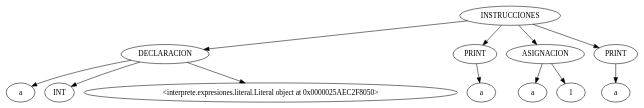
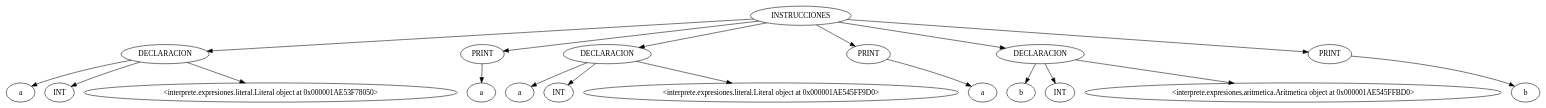
The diagram in backend/AST.dot (AlvaroCeballos/OLC1_VJ2025_G5), drawn with Graphviz before and after one commit. The commit also changed 4 other files, not shown here.

```diff
--- a/backend/AST.dot
+++ b/backend/AST.dot
@@ -1,25 +1,39 @@
 digraph {
 	0 [label = "INSTRUCCIONES"];
 	1 [label = "DECLARACION"];
 	2 [label = "a"];
 	3 [label = "INT"];
-	4 [label = "<interprete.expresiones.literal.Literal object at 0x0000025AEC2F8050>"];
+	4 [label = "<interprete.expresiones.literal.Literal object at 0x000001AE53F78050>"];
 	5 [label = "PRINT"];
 	6 [label = "a"];
-	7 [label = "ASIGNACION"];
+	7 [label = "DECLARACION"];
 	8 [label = "a"];
-	9 [label = "1"];
-	10 [label = "PRINT"];
-	11 [label = "a"];
+	9 [label = "INT"];
+	10 [label = "<interprete.expresiones.literal.Literal object at 0x000001AE545FF9D0>"];
+	11 [label = "PRINT"];
+	12 [label = "a"];
+	13 [label = "DECLARACION"];
+	14 [label = "b"];
+	15 [label = "INT"];
+	16 [label = "<interprete.expresiones.aritmetica.Aritmetica object at 0x000001AE545FFBD0>"];
+	17 [label = "PRINT"];
+	18 [label = "b"];
 	0 -> 1;
 	1 -> 2;
 	1 -> 3;
 	1 -> 4;
 	0 -> 5;
 	5 -> 6;
 	0 -> 7;
 	7 -> 8;
 	7 -> 9;
-	0 -> 10;
-	10 -> 11;
+	7 -> 10;
+	0 -> 11;
+	11 -> 12;
+	0 -> 13;
+	13 -> 14;
+	13 -> 15;
+	13 -> 16;
+	0 -> 17;
+	17 -> 18;
 }
```
